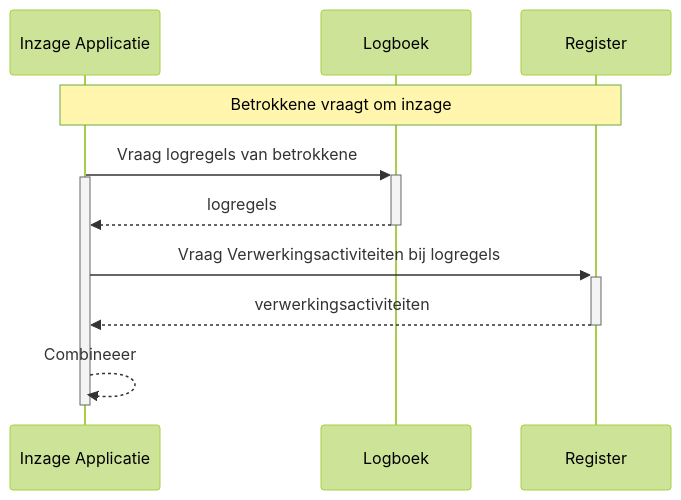
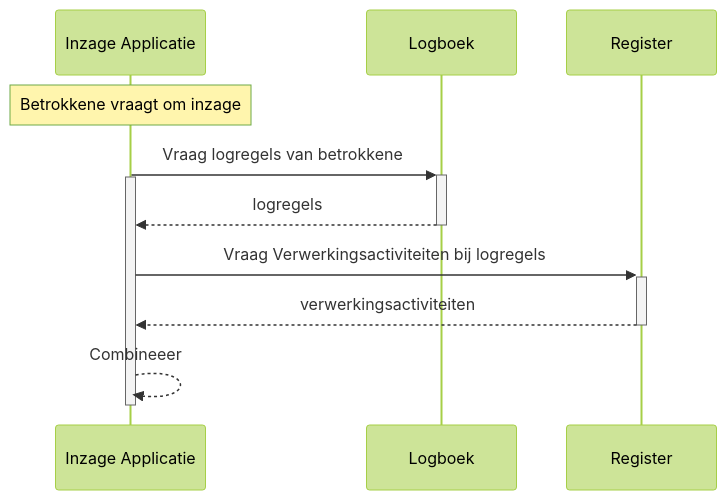
The second of 2 diagrams in sections/02-architectuur/04-flows.md (MinBZK/logboek-dataverwerkingen), drawn with Mermaid (forest theme) before and after one commit. The commit also changed other lines of this file and 1 other file, not shown here.

Commit message:
Verwerken feedback deel 2

````diff
--- a/sections/02-architectuur/04-flows.md
+++ b/sections/02-architectuur/04-flows.md
@@ -22,14 +22,14 @@
 ```mermaid
 sequenceDiagram
     participant F as Inzage Applicatie
     participant L as Logboek
     participant R as Register
-    Note over F, R: Betrokkene vraagt om inzage
+    Note over F: Betrokkene vraagt om inzage
     F->>+L: Vraag logregels van betrokkene
     Activate F
     L-->>-F: logregels
     F->>+R: Vraag Verwerkingsactiviteiten bij logregels
     R-->>-F: verwerkingsactiviteiten
     F-->>F: Combineeer
     Deactivate F
 ```
````
